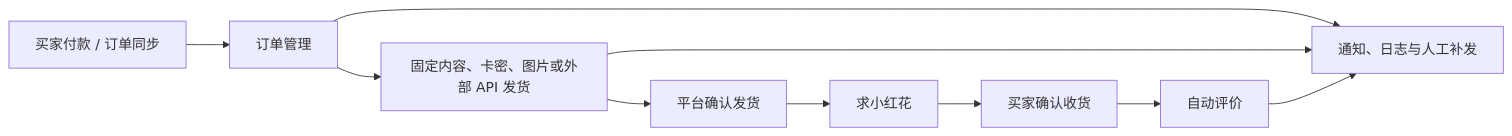
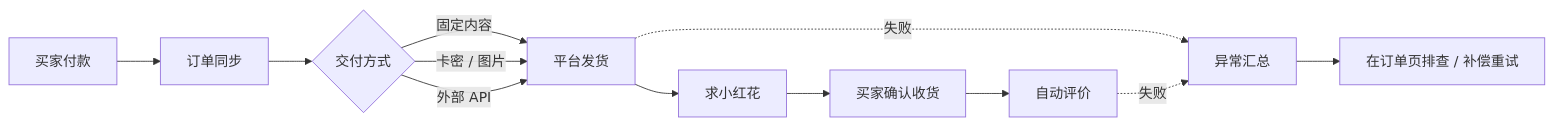
The diagram in README.md (najiuwanan511/YuZhanggui), drawn with Mermaid before and after one commit. The commit also changed other lines of this file, not shown here.

````diff
--- a/README.md
+++ b/README.md
@@ -31,12 +55,14 @@
 ```mermaid
 flowchart LR
-  A[买家付款 / 订单同步] --> B[订单管理]
-  B --> C[固定内容、卡密、图片或外部 API 发货]
-  C --> D[平台确认发货]
+  A[买家付款] --> B[订单同步]
+  B --> C{交付方式}
+  C -->|固定内容| D[平台发货]
+  C -->|卡密 / 图片| D
+  C -->|外部 API| D
   D --> E[求小红花]
   E --> F[买家确认收货]
   F --> G[自动评价]
-  B --> H[通知、日志与人工补发]
-  C --> H
-  G --> H
+  D -.失败.-> H[异常汇总]
+  G -.失败.-> H
+  H --> I[在订单页排查 / 补偿重试]
 ```
````
